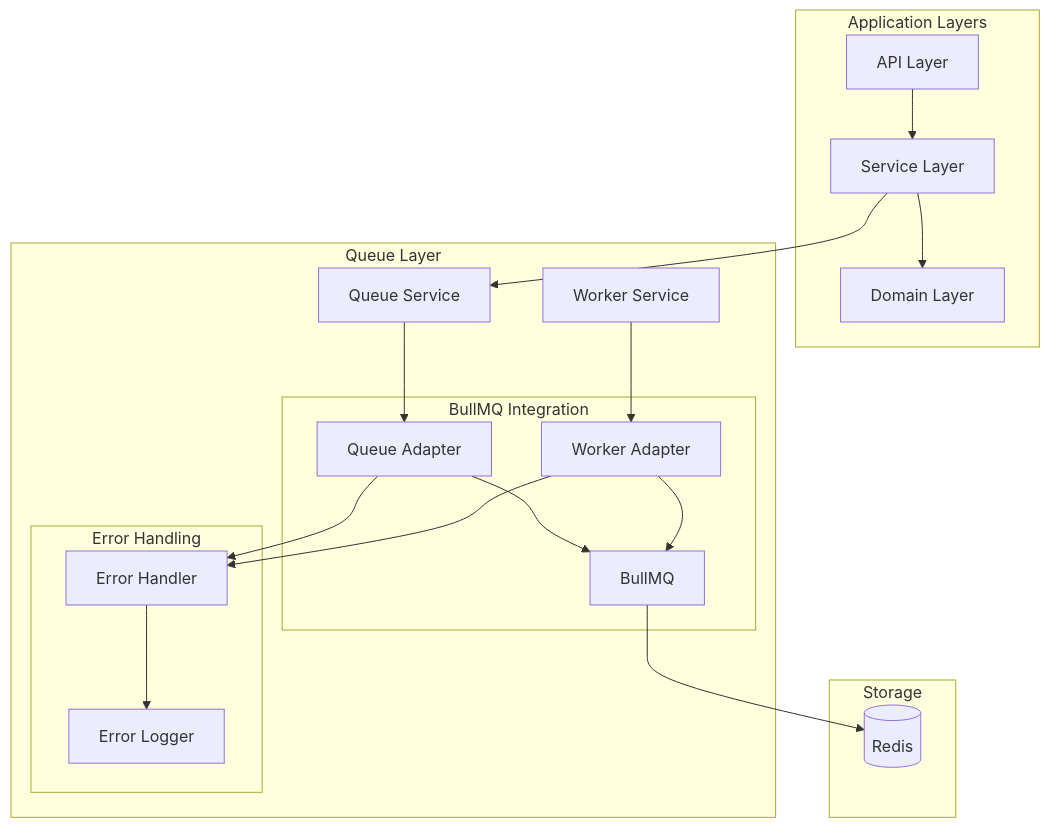
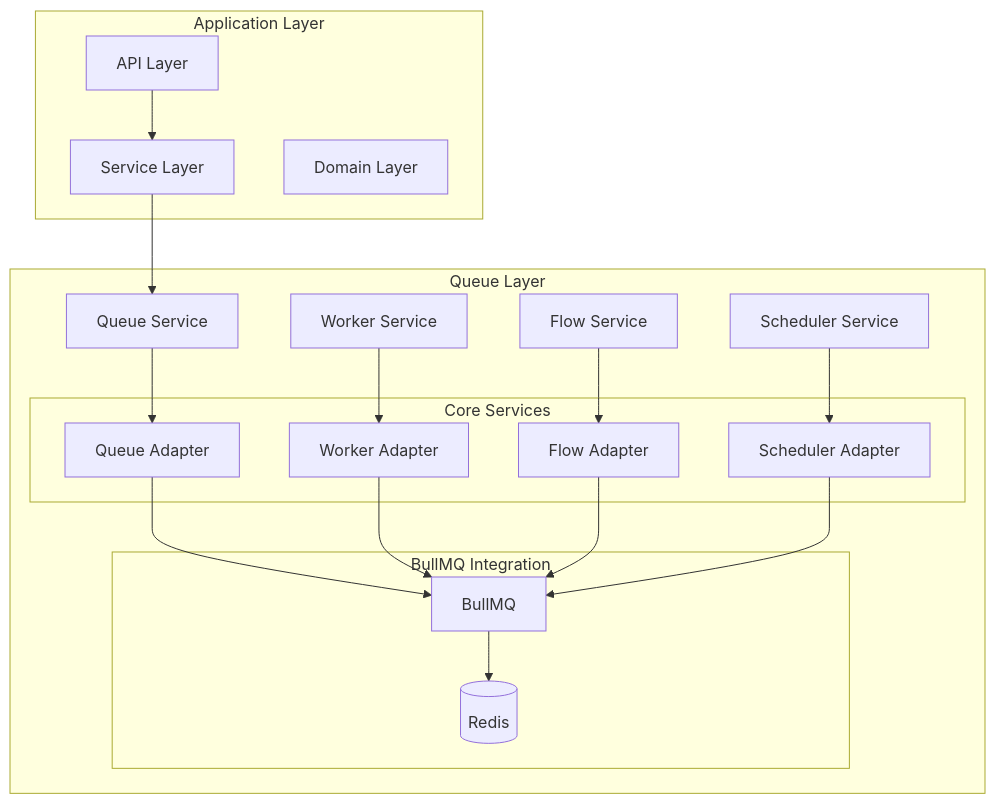
The first of 8 diagrams in documentation/design/Queue_Layer_Design.md (tonglam/letletme_data), drawn with Mermaid before and after one commit. The commit also changed other lines of this file and 15 other files, not shown here.

First line of the commit message:
Refactor API and Service Layers with Enhanced Type Safety and Error Handling

````diff
--- a/documentation/design/Queue_Layer_Design.md
+++ b/documentation/design/Queue_Layer_Design.md
@@ -9,36 +9,36 @@
 ```mermaid
-graph TB
-    subgraph Application Layers
+graph TD
+    subgraph Application Layer
         API[API Layer]
         Service[Service Layer]
         Domain[Domain Layer]
     end
 
     subgraph Queue Layer
         QS[Queue Service]
         WS[Worker Service]
-        subgraph BullMQ Integration
+        FS[Flow Service]
+        SS[Scheduler Service]
+
+        subgraph Core Services
             QA[Queue Adapter]
             WA[Worker Adapter]
+            FA[Flow Adapter]
+            SA[Scheduler Adapter]
+        end
+
+        subgraph BullMQ Integration
             BQ[BullMQ]
-        end
-        subgraph Error Handling
-            EH[Error Handler]
-            EL[Error Logger]
+            Redis[(Redis)]
         end
     end
 
-    subgraph Storage
-        Redis[(Redis)]
-    end
-
     API --> Service
-    Service --> Domain
     Service --> QS
     QS --> QA
     WS --> WA
-    QA & WA --> BQ
+    FS --> FA
+    SS --> SA
+    QA & WA & FA & SA --> BQ
     BQ --> Redis
-    QA & WA --> EH
-    EH --> EL
 ```
````
